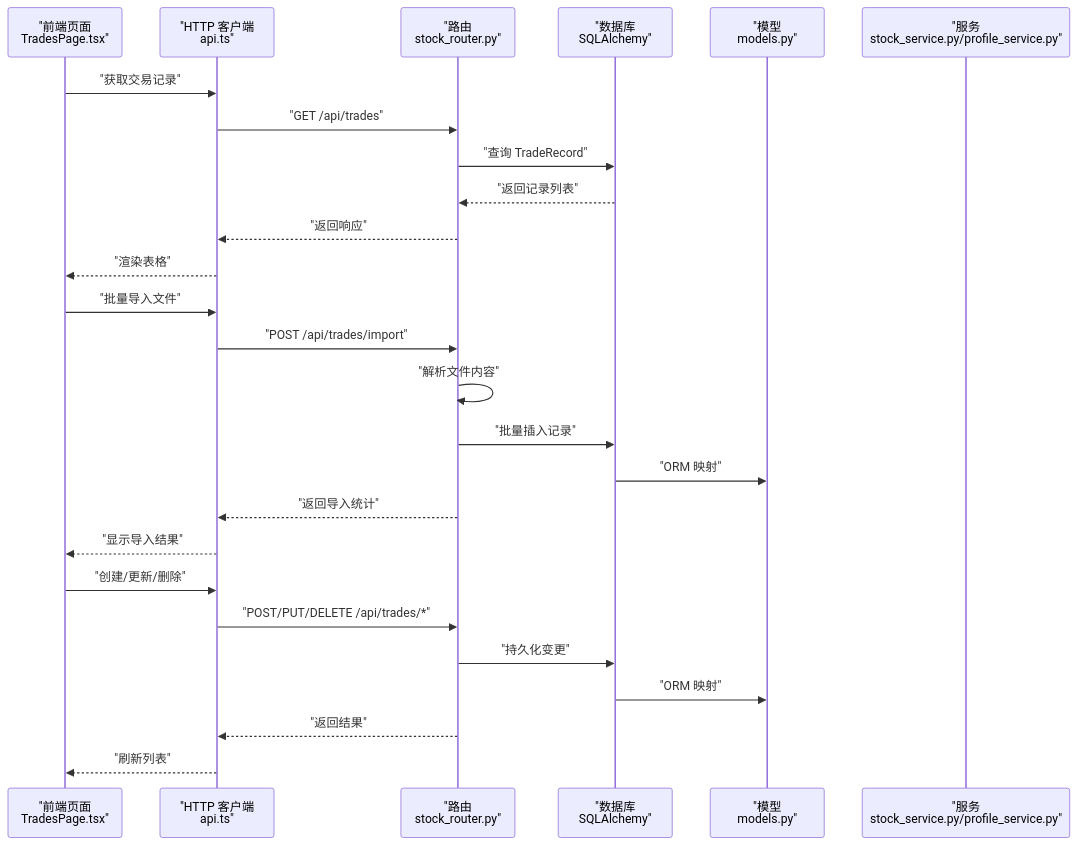
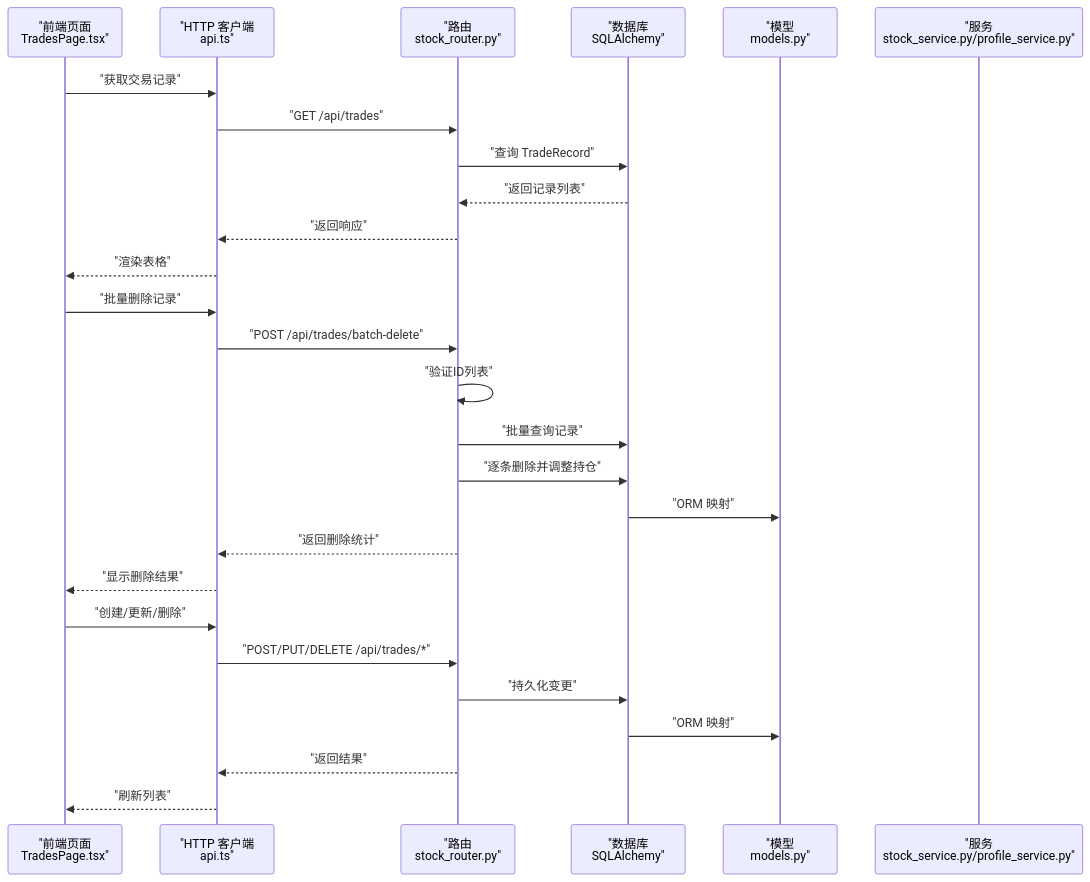
One commit to Moruime/stock_foker changed the second of 9 diagrams in .qoder/repowiki/zh/content/核心功能/交易记录管理.md. Above: the diagram before and after it, drawn with Mermaid. The commit also changed other lines of this file and 10 other files, not shown here.

````diff
--- a/.qoder/repowiki/zh/content/核心功能/交易记录管理.md
+++ b/.qoder/repowiki/zh/content/核心功能/交易记录管理.md
@@ -117,28 +117,29 @@
 ```mermaid
 sequenceDiagram
 participant FE as "前端页面<br/>TradesPage.tsx"
 participant API as "HTTP 客户端<br/>api.ts"
 participant Router as "路由<br/>stock_router.py"
 participant DB as "数据库<br/>SQLAlchemy"
 participant Model as "模型<br/>models.py"
 participant Service as "服务<br/>stock_service.py/profile_service.py"
 FE->>API : "获取交易记录"
 API->>Router : "GET /api/trades"
 Router->>DB : "查询 TradeRecord"
 DB-->>Router : "返回记录列表"
 Router-->>API : "返回响应"
 API-->>FE : "渲染表格"
-FE->>API : "批量导入文件"
-API->>Router : "POST /api/trades/import"
-Router->>Router : "解析文件内容"
-Router->>DB : "批量插入记录"
+FE->>API : "批量删除记录"
+API->>Router : "POST /api/trades/batch-delete"
+Router->>Router : "验证ID列表"
+Router->>DB : "批量查询记录"
+Router->>DB : "逐条删除并调整持仓"
 DB->>Model : "ORM 映射"
-Router-->>API : "返回导入统计"
-API-->>FE : "显示导入结果"
+Router-->>API : "返回删除统计"
+API-->>FE : "显示删除结果"
 FE->>API : "创建/更新/删除"
 API->>Router : "POST/PUT/DELETE /api/trades/*"
 Router->>DB : "持久化变更"
 DB->>Model : "ORM 映射"
 Router-->>API : "返回结果"
 API-->>FE : "刷新列表"
 ```
````
